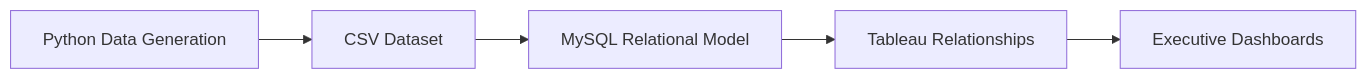
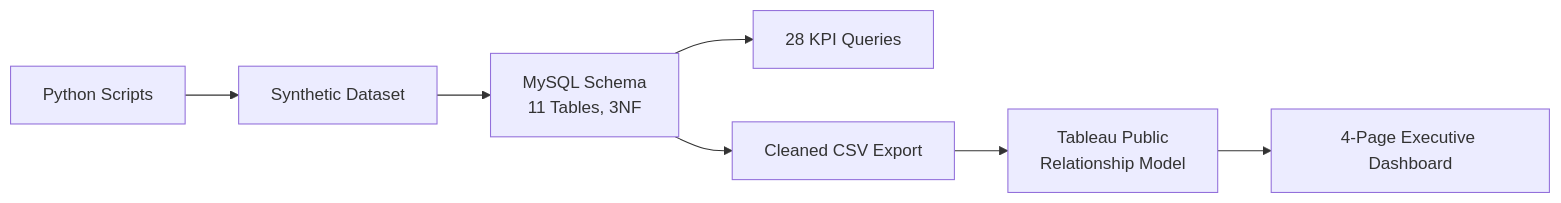
Before and after one commit to m2ammar/Indus-Hospital-Operations-Intelligence-Database: the first of 2 diagrams in README.md, drawn with Mermaid. The commit also changed other lines of this file, not shown here.

````diff
--- a/README.md
+++ b/README.md
@@ -63,7 +60,9 @@
 ```mermaid
 flowchart LR
-A[Python Data Generation] --> B[CSV Dataset]
-B --> C[MySQL Relational Model]
-C --> D[Tableau Relationships]
-D --> E[Executive Dashboards]
+    A[Python Scripts] --> B[Synthetic Dataset]
+    B --> C[MySQL Schema<br/>11 Tables, 3NF]
+    C --> D[28 KPI Queries]
+    C --> E[Cleaned CSV Export]
+    E --> F[Tableau Public<br/>Relationship Model]
+    F --> G[4-Page Executive Dashboard]
 ```
````
